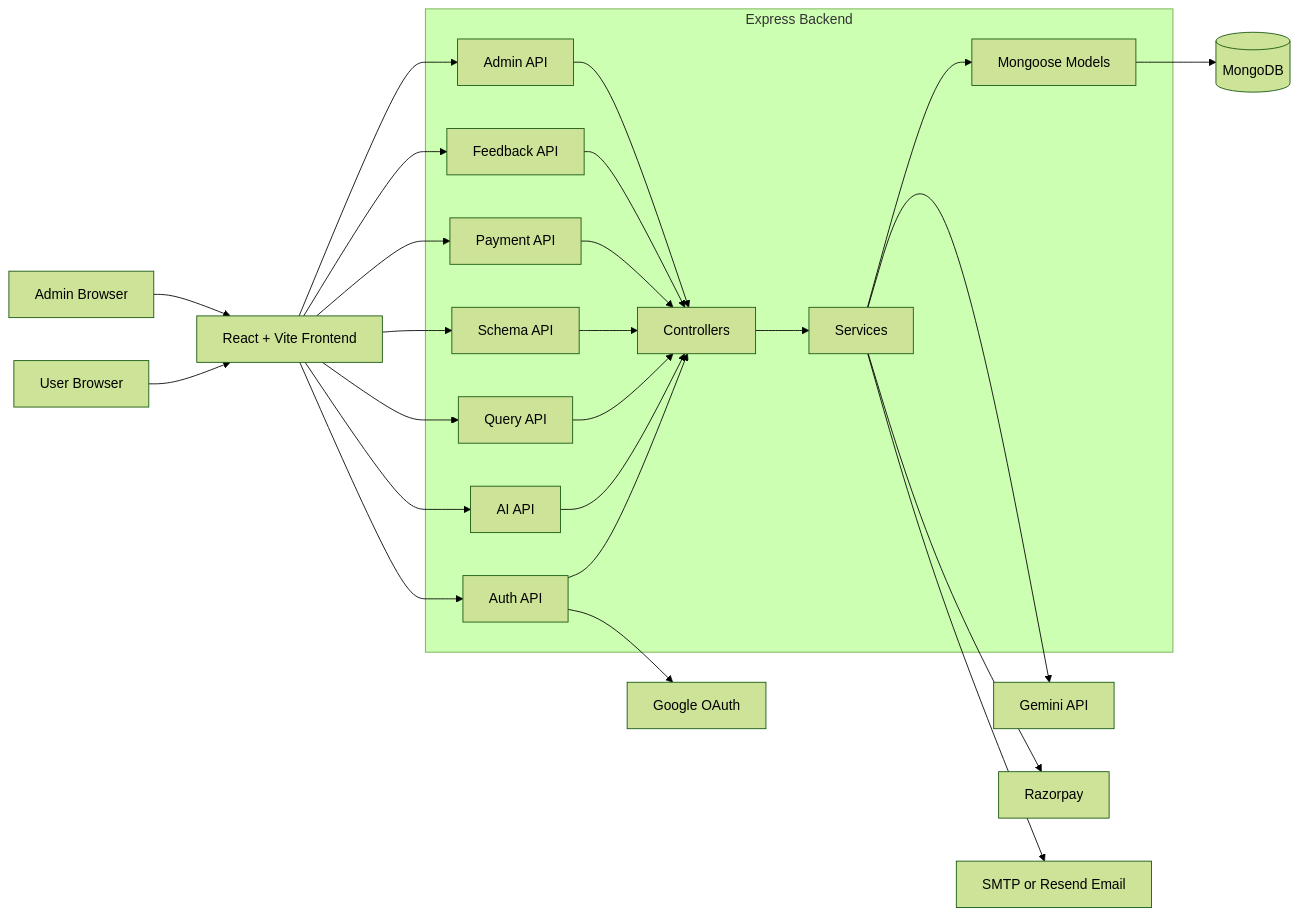
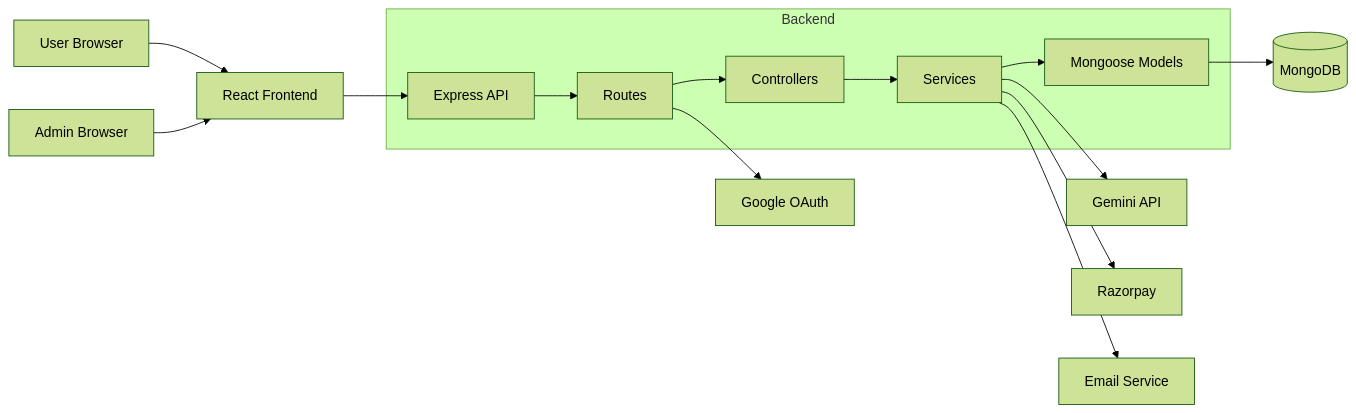
The first of 2 diagrams in readme.md (utsav1223/AI_SQL_Query_Generator), drawn with Mermaid (forest theme) before and after one commit. The commit also changed other lines of this file and 1595 other files, not shown here.

````diff
--- a/readme.md
+++ b/readme.md
@@ -126,31 +189,20 @@
 ```mermaid
 flowchart LR
-  user[User Browser] --> frontend[React + Vite Frontend]
+  user[User Browser] --> frontend[React Frontend]
   admin[Admin Browser] --> frontend
 
-  frontend --> authApi[Auth API]
-  frontend --> aiApi[AI API]
-  frontend --> queryApi[Query API]
-  frontend --> schemaApi[Schema API]
-  frontend --> paymentApi[Payment API]
-  frontend --> feedbackApi[Feedback API]
-  frontend --> adminApi[Admin API]
+  frontend --> api[Express API]
 
-  subgraph backend[Express Backend]
-    authApi --> controllers[Controllers]
-    aiApi --> controllers
-    queryApi --> controllers
-    schemaApi --> controllers
-    paymentApi --> controllers
-    feedbackApi --> controllers
-    adminApi --> controllers
+  subgraph backend[Backend]
+    api --> routes[Routes]
+    routes --> controllers[Controllers]
     controllers --> services[Services]
     services --> models[Mongoose Models]
   end
 
   models --> mongo[(MongoDB)]
   services --> gemini[Gemini API]
   services --> razorpay[Razorpay]
-  services --> email[SMTP or Resend Email]
-  authApi --> google[Google OAuth]
+  services --> email[Email Service]
+  routes --> google[Google OAuth]
 ```
````
